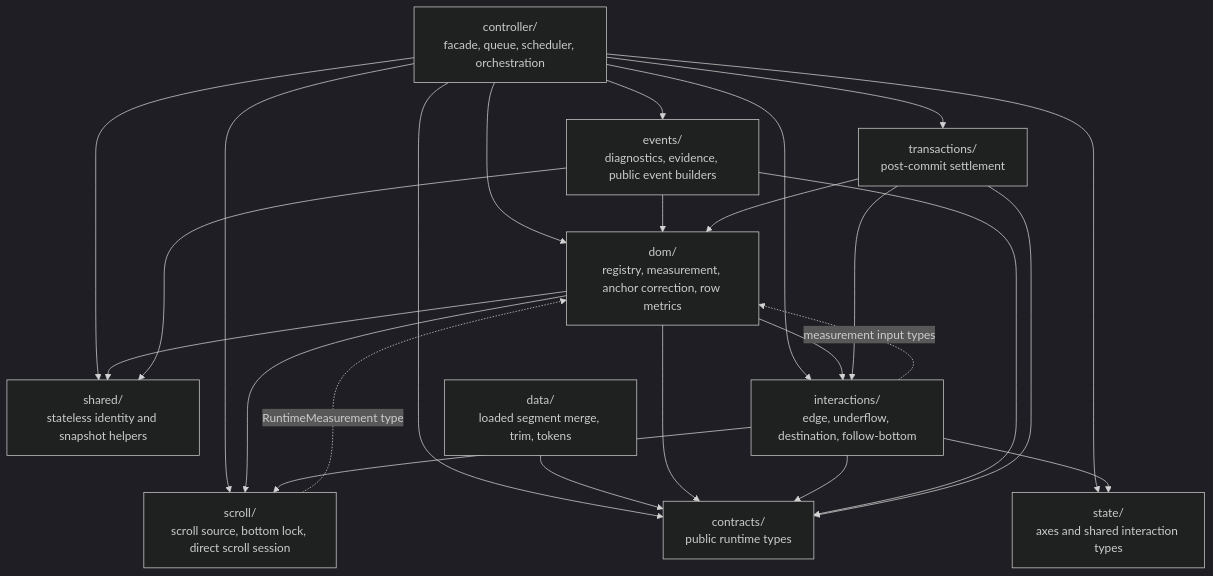
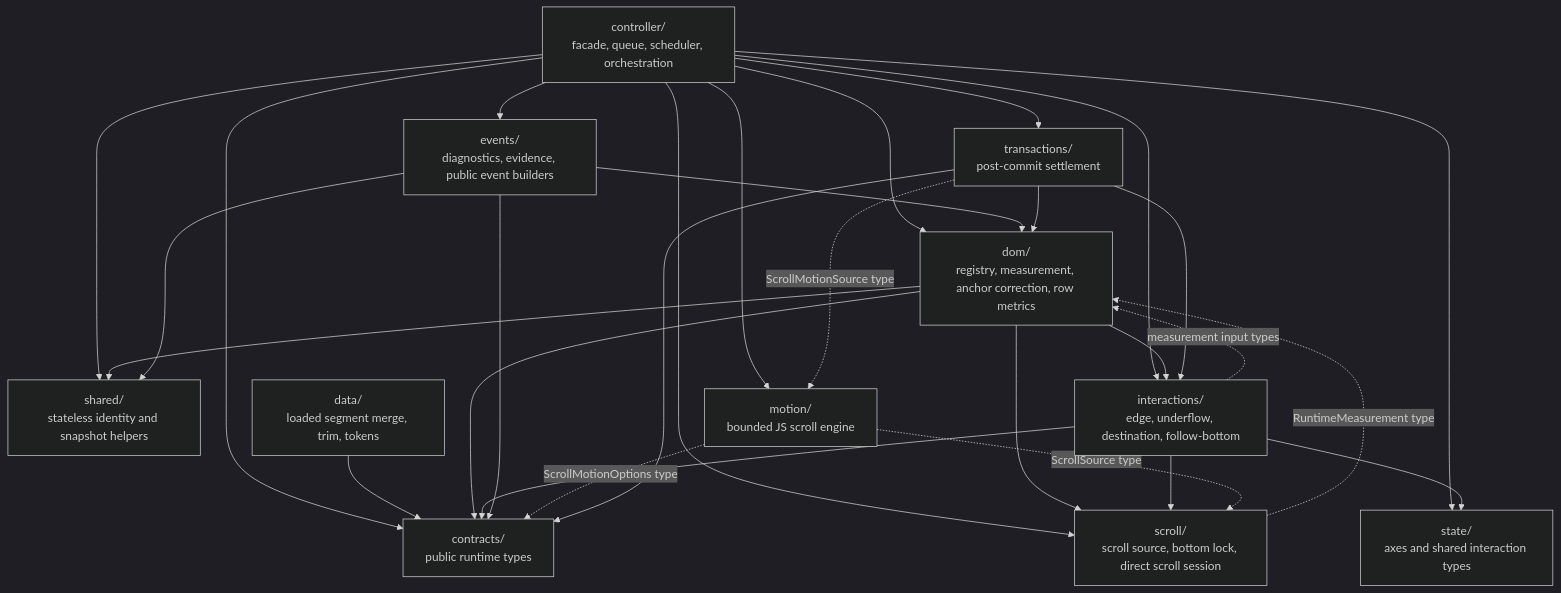
One commit to LouisGo/XMessageList changed the second of 2 diagrams in docs/graph/module-boundaries.md. Above: the diagram before and after it, drawn with Mermaid (dark theme). The commit also changed other lines of this file and 42 other files, not shown here.

````diff
--- a/docs/graph/module-boundaries.md
+++ b/docs/graph/module-boundaries.md
@@ -34,39 +34,44 @@
 ```mermaid
 flowchart TD
   Contracts["contracts/<br/>public runtime types"]
   Controller["controller/<br/>facade, queue, scheduler, orchestration"]
   Shared["shared/<br/>stateless identity and snapshot helpers"]
   Data["data/<br/>loaded segment merge, trim, tokens"]
   DOMDomain["dom/<br/>registry, measurement, anchor correction, row metrics"]
   Scroll["scroll/<br/>scroll source, bottom lock, direct scroll session"]
+  Motion["motion/<br/>bounded JS scroll engine"]
   Interactions["interactions/<br/>edge, underflow, destination, follow-bottom"]
   State["state/<br/>axes and shared interaction types"]
   Events["events/<br/>diagnostics, evidence, public event builders"]
   Transactions["transactions/<br/>post-commit settlement"]
 
   Controller --> Contracts
   Controller --> Shared
   Controller --> DOMDomain
   Controller --> Scroll
+  Controller --> Motion
   Controller --> Interactions
   Controller --> State
   Controller --> Events
   Controller --> Transactions
 
   Data --> Contracts
   DOMDomain --> Contracts
   DOMDomain --> Shared
   DOMDomain --> Scroll
   DOMDomain --> Interactions
   Interactions --> Contracts
   Interactions --> State
   Interactions --> Scroll
   Interactions -.->|"measurement input types"| DOMDomain
   Events --> Contracts
   Events --> Shared
   Events --> DOMDomain
   Scroll -.->|"RuntimeMeasurement type"| DOMDomain
+  Motion -.->|"ScrollMotionOptions type"| Contracts
+  Motion -.->|"ScrollSource type"| Scroll
   Transactions --> Contracts
   Transactions --> DOMDomain
   Transactions --> Interactions
+  Transactions -.->|"ScrollMotionSource type"| Motion
 ```
````
